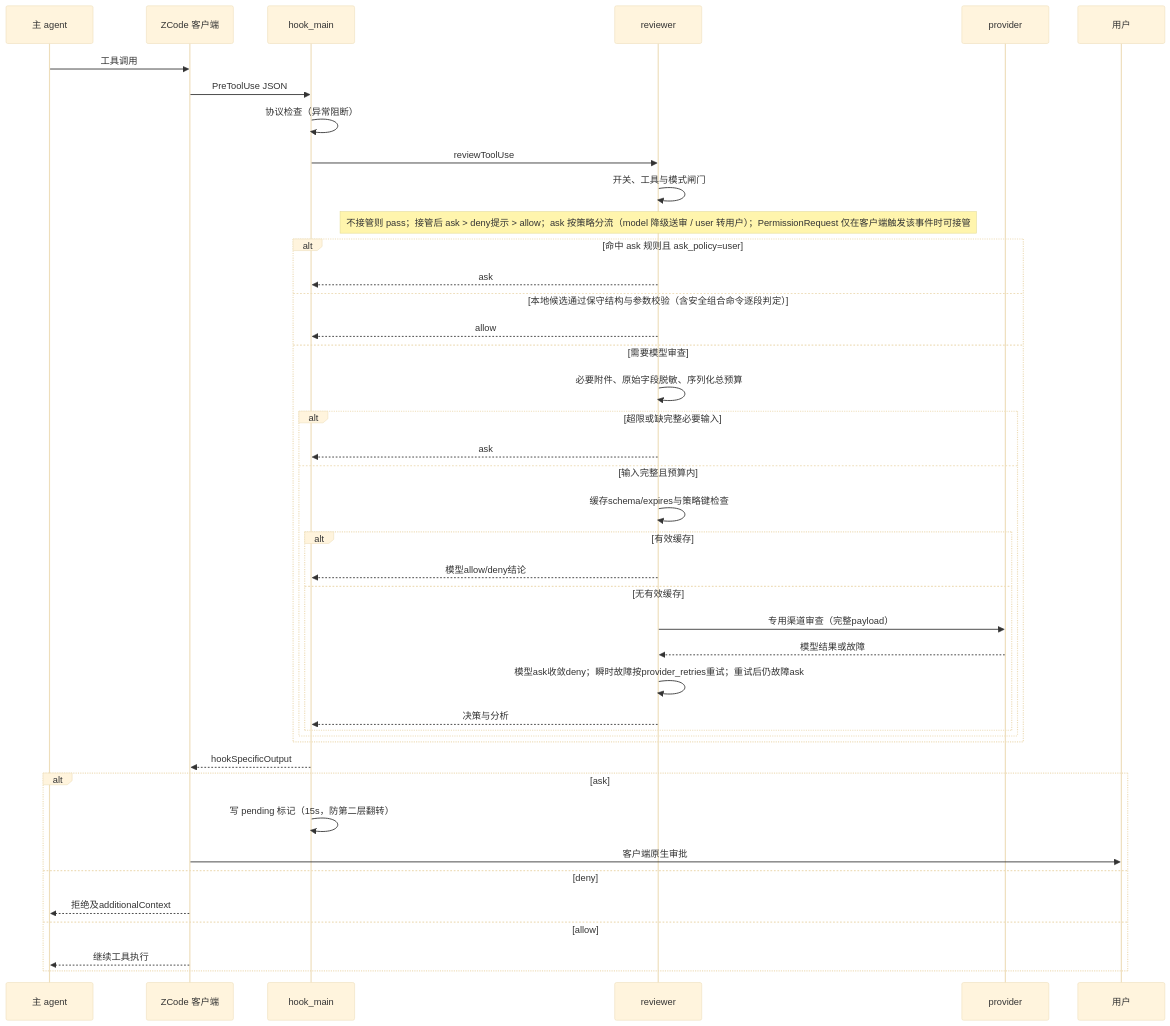
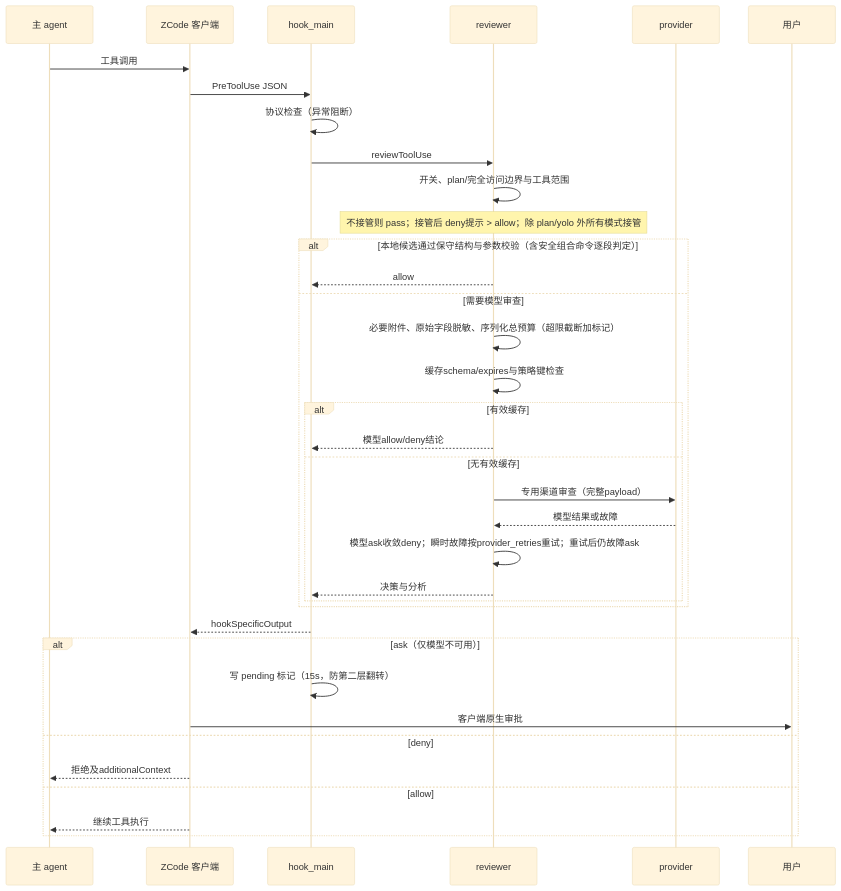
One commit to cy-2-u/zhao changed the first of 4 diagrams in docs/project_wiki/02_开发文档/模块运行流程图.md. Above: the diagram before and after it, drawn with Mermaid (base theme). The commit also changed other lines of this file and 28 other files, not shown here.

````diff
--- a/docs/project_wiki/02_开发文档/模块运行流程图.md
+++ b/docs/project_wiki/02_开发文档/模块运行流程图.md
@@ -5,44 +5,38 @@
 ```mermaid
 sequenceDiagram
     participant M as 主 agent
     participant Z as ZCode 客户端
     participant H as hook_main
     participant R as reviewer
     participant P as provider
     participant U as 用户
     M->>Z: 工具调用
     Z->>H: PreToolUse JSON
     H->>H: 协议检查（异常阻断）
     H->>R: reviewToolUse
-    R->>R: 开关、工具与模式闸门
-    Note over R: 不接管则 pass；接管后 ask > deny提示 > allow；ask 按策略分流（model 降级送审 / user 转用户）；PermissionRequest 仅在客户端触发该事件时可接管
-    alt 命中 ask 规则且 ask_policy=user
-        R-->>H: ask
-    else 本地候选通过保守结构与参数校验（含安全组合命令逐段判定）
+    R->>R: 开关、plan/完全访问边界与工具范围
+    Note over R: 不接管则 pass；接管后 deny提示 > allow；除 plan/yolo 外所有模式接管
+    alt 本地候选通过保守结构与参数校验（含安全组合命令逐段判定）
         R-->>H: allow
     else 需要模型审查
-        R->>R: 必要附件、原始字段脱敏、序列化总预算
-        alt 超限或缺完整必要输入
-            R-->>H: ask
-        else 输入完整且预算内
-            R->>R: 缓存schema/expires与策略键检查
-            alt 有效缓存
-                R-->>H: 模型allow/deny结论
-            else 无有效缓存
-                R->>P: 专用渠道审查（完整payload）
-                P-->>R: 模型结果或故障
-                R->>R: 模型ask收敛deny；瞬时故障按provider_retries重试；重试后仍故障ask
-                R-->>H: 决策与分析
-            end
+        R->>R: 必要附件、原始字段脱敏、序列化总预算（超限截断加标记）
+        R->>R: 缓存schema/expires与策略键检查
+        alt 有效缓存
+            R-->>H: 模型allow/deny结论
+        else 无有效缓存
+            R->>P: 专用渠道审查（完整payload）
+            P-->>R: 模型结果或故障
+            R->>R: 模型ask收敛deny；瞬时故障按provider_retries重试；重试后仍故障ask
+            R-->>H: 决策与分析
         end
     end
     H-->>Z: hookSpecificOutput
-    alt ask
+    alt ask（仅模型不可用）
         H->>H: 写 pending 标记（15s，防第二层翻转）
         Z->>U: 客户端原生审批
     else deny
         Z-->>M: 拒绝及additionalContext
     else allow
         Z-->>M: 继续工具执行
     end
 ```
````
